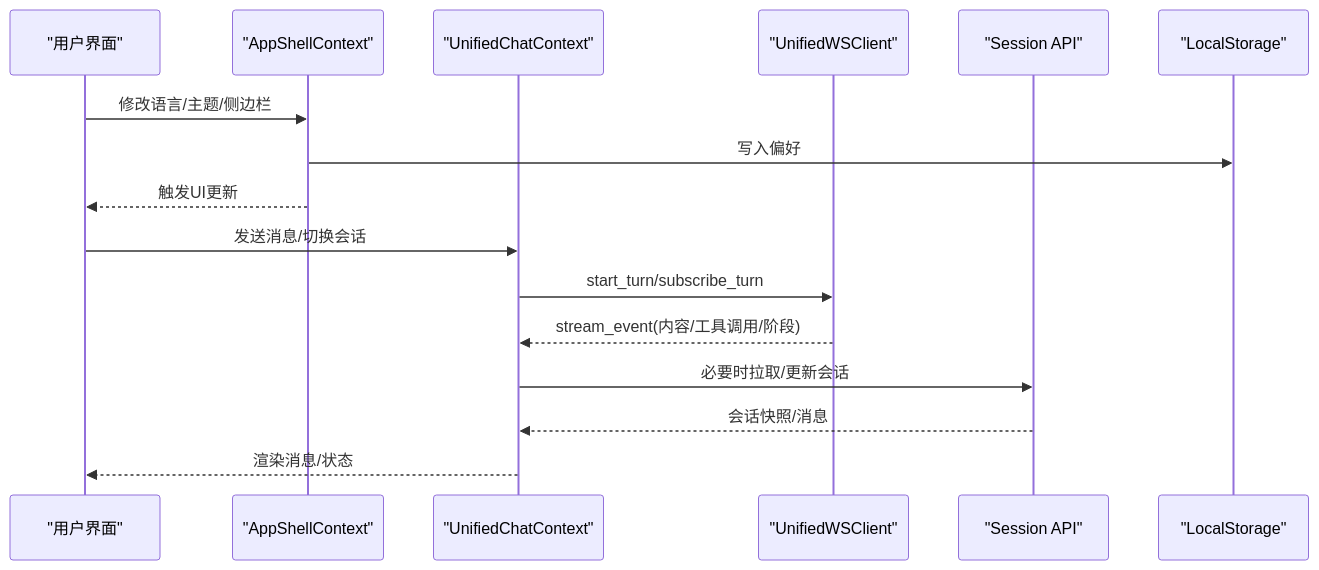
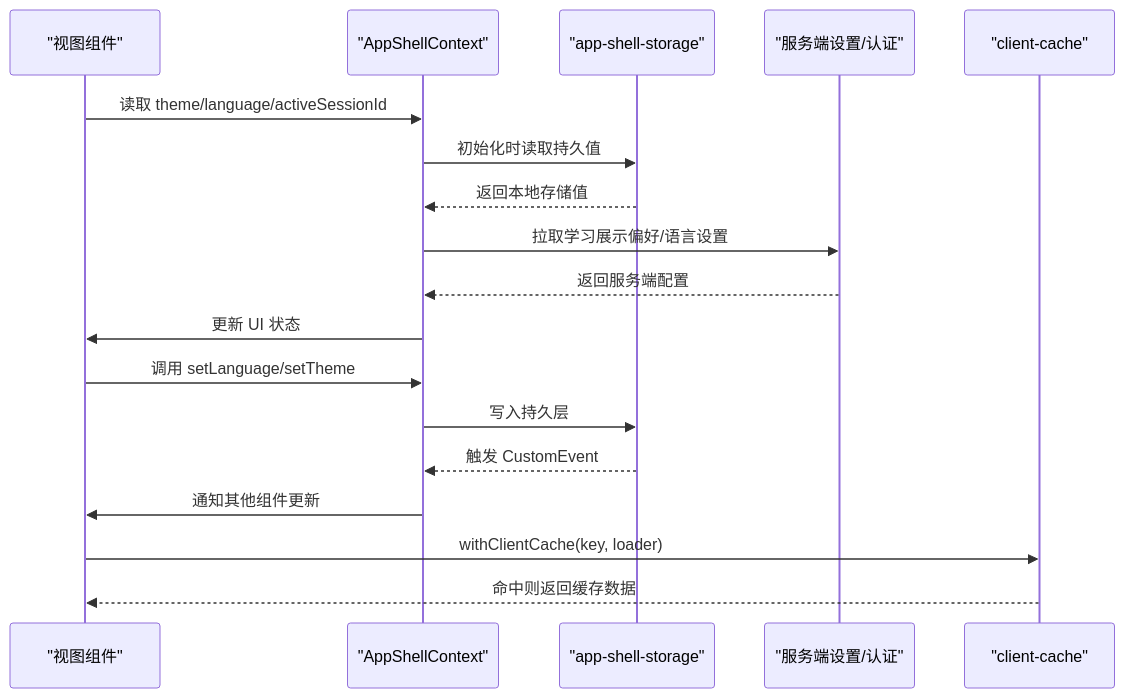
Before and after one commit to gongzili456/DeepTutor: the second of 8 diagrams in .qoder/repowiki/zh/content/前端架构/状态管理.md, drawn with Mermaid. The commit also changed other lines of this file and 1242 other files, not shown here.

````diff
--- a/.qoder/repowiki/zh/content/前端架构/状态管理.md
+++ b/.qoder/repowiki/zh/content/前端架构/状态管理.md
@@ -96,18 +140,20 @@
 ```mermaid
 sequenceDiagram
-participant U as "用户界面"
-participant AC as "AppShellContext"
-participant UC as "UnifiedChatContext"
-participant WS as "UnifiedWSClient"
-participant API as "Session API"
-participant LS as "LocalStorage"
-U->>AC : 修改语言/主题/侧边栏
-AC->>LS : 写入偏好
-AC-->>U : 触发UI更新
-U->>UC : 发送消息/切换会话
-UC->>WS : start_turn/subscribe_turn
-WS-->>UC : stream_event(内容/工具调用/阶段)
-UC->>API : 必要时拉取/更新会话
-API-->>UC : 会话快照/消息
-UC-->>U : 渲染消息/状态
+participant View as "视图组件"
+participant Context as "AppShellContext"
+participant Store as "app-shell-storage"
+participant Server as "服务端设置/认证"
+participant Cache as "client-cache"
+View->>Context : 读取 theme/language/activeSessionId
+Context->>Store : 初始化时读取持久值
+Store-->>Context : 返回本地存储值
+Context->>Server : 拉取学习展示偏好/语言设置
+Server-->>Context : 返回服务端配置
+Context->>View : 更新 UI 状态
+View->>Context : 调用 setLanguage/setTheme
+Context->>Store : 写入持久层
+Store-->>Context : 触发 CustomEvent
+Context->>View : 通知其他组件更新
+View->>Cache : withClientCache(key, loader)
+Cache-->>View : 命中则返回缓存数据
 ```
````
